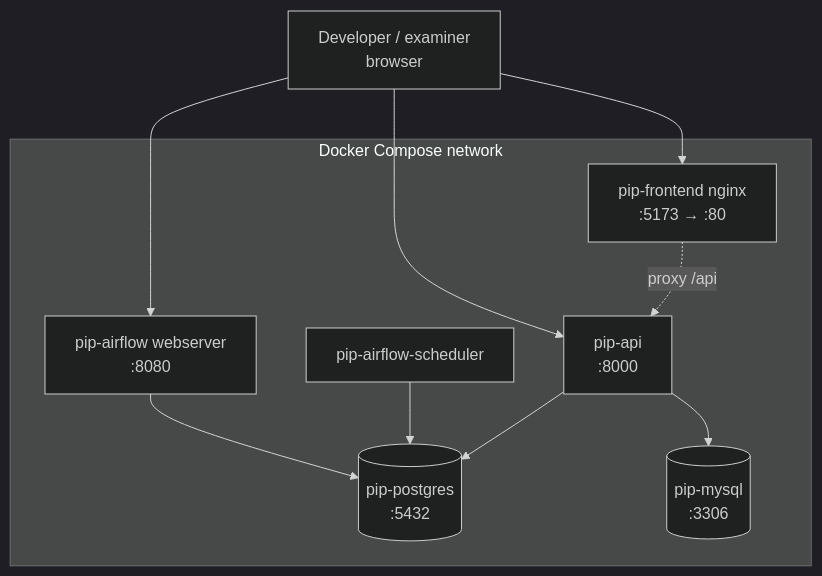
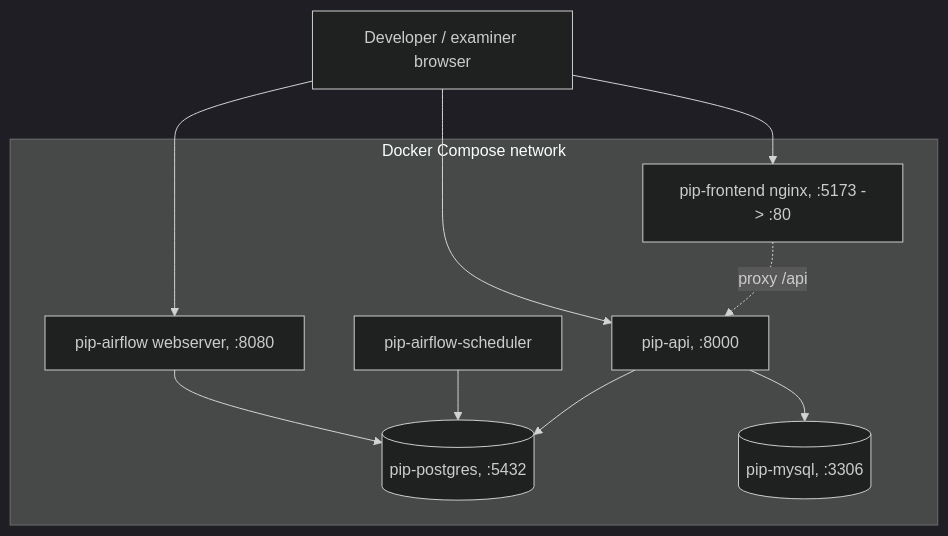
One commit to Ahmedbakr78/Web-to-Warehouse-Product-Intelligence-Pipeline changed the ninth of 9 diagrams in README.md. Above: the diagram before and after it, drawn with Mermaid (dark theme). The commit also changed other lines of this file, not shown here.

````diff
--- a/README.md
+++ b/README.md
@@ -414,18 +494,18 @@
 ```mermaid
 flowchart TB
     subgraph Host["Docker Compose network"]
-        PG[("pip-postgres<br/>:5432")]
-        MY[("pip-mysql<br/>:3306")]
-        APIC["pip-api<br/>:8000"]
-        WEB["pip-frontend nginx<br/>:5173 → :80"]
-        WEBAF["pip-airflow webserver<br/>:8080"]
+        PG[("pip-postgres, :5432")]
+        MY[("pip-mysql, :3306")]
+        APIC["pip-api, :8000"]
+        WEB["pip-frontend nginx, :5173 -> :80"]
+        WEBAF["pip-airflow webserver, :8080"]
         SCH["pip-airflow-scheduler"]
         APIC --> PG & MY
         WEB -.proxy /api.-> APIC
         SCH --> PG
         WEBAF --> PG
     end
-    DEV["Developer / examiner<br/>browser"] --> WEB
+    DEV["Developer / examiner browser"] --> WEB
     DEV --> APIC
     DEV --> WEBAF
 ```
````
